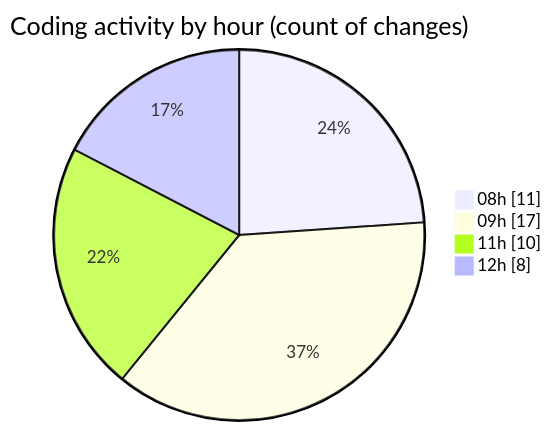
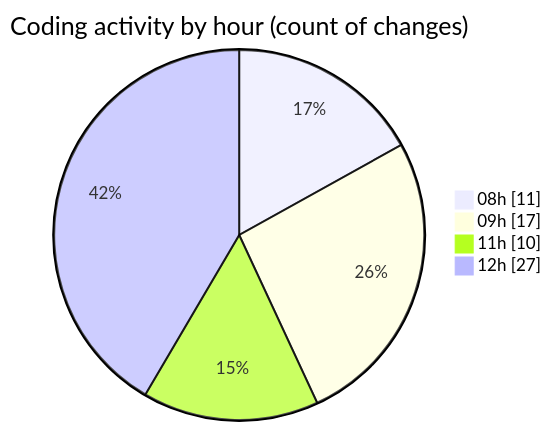
The second of 2 diagrams in 2026-09-11/cda/README.md (momahboobian/code-tracking), drawn with Mermaid before and after one commit. The commit also changed other lines of this file and 1 other file, not shown here.

````diff
--- a/2026-09-11/cda/README.md
+++ b/2026-09-11/cda/README.md
@@ -51,8 +58,8 @@
 ```mermaid
 pie showData
 title Coding activity by hour (count of changes)
 "08h" : 11
 "09h" : 17
 "11h" : 10
-"12h" : 8
+"12h" : 27
 ```
````
